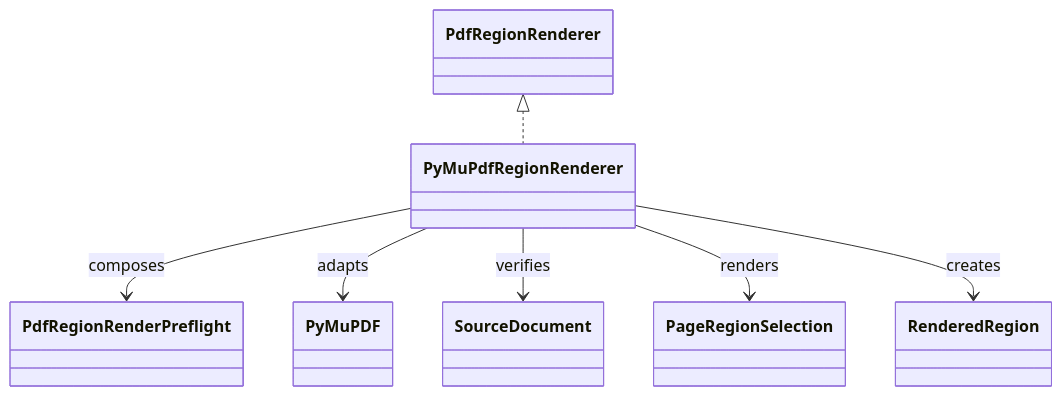
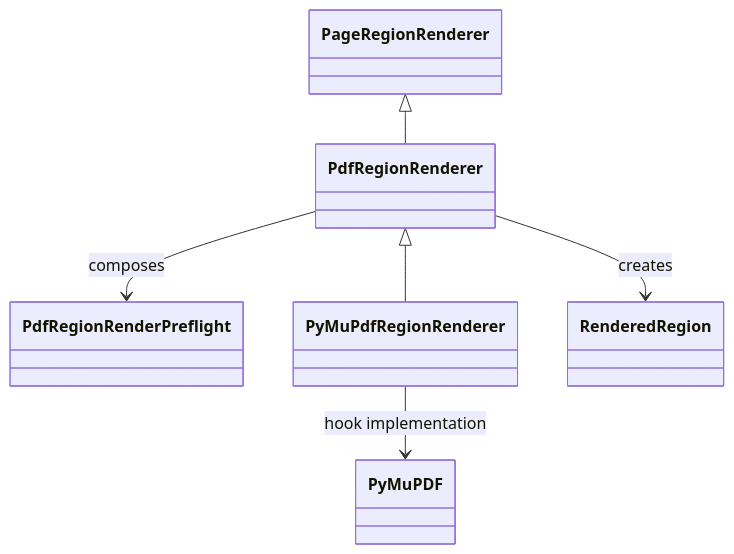
One commit to eragasa/projectkoios-ingestion changed the diagram in docs/architecture/projectkoios/ingestion/pdf/adapters/pymupdf/PyMuPdfRegionRenderer/schematic.md. Above: the diagram before and after it, drawn with Mermaid. The commit also changed other lines of this file and 74 other files, not shown here.

Commit message:
Document nominal page renderer architecture

````diff
--- a/docs/architecture/projectkoios/ingestion/pdf/adapters/pymupdf/PyMuPdfRegionRenderer/schematic.md
+++ b/docs/architecture/projectkoios/ingestion/pdf/adapters/pymupdf/PyMuPdfRegionRenderer/schematic.md
@@ -3,17 +3,15 @@
 ```mermaid
 classDiagram
-    class SourceDocument
-    class PageRegionSelection
+    class PageRegionRenderer
     class PdfRegionRenderer
     class PdfRegionRenderPreflight
     class PyMuPdfRegionRenderer
+    class PyMuPDF
     class RenderedRegion
-    class PyMuPDF
 
-    PdfRegionRenderer <|.. PyMuPdfRegionRenderer
-    PyMuPdfRegionRenderer --> PdfRegionRenderPreflight : composes
-    PyMuPdfRegionRenderer --> PyMuPDF : adapts
-    PyMuPdfRegionRenderer --> SourceDocument : verifies
-    PyMuPdfRegionRenderer --> PageRegionSelection : renders
-    PyMuPdfRegionRenderer --> RenderedRegion : creates
+    PageRegionRenderer <|-- PdfRegionRenderer
+    PdfRegionRenderer <|-- PyMuPdfRegionRenderer
+    PdfRegionRenderer --> PdfRegionRenderPreflight : composes
+    PdfRegionRenderer --> RenderedRegion : creates
+    PyMuPdfRegionRenderer --> PyMuPDF : hook implementation
 ```
````
